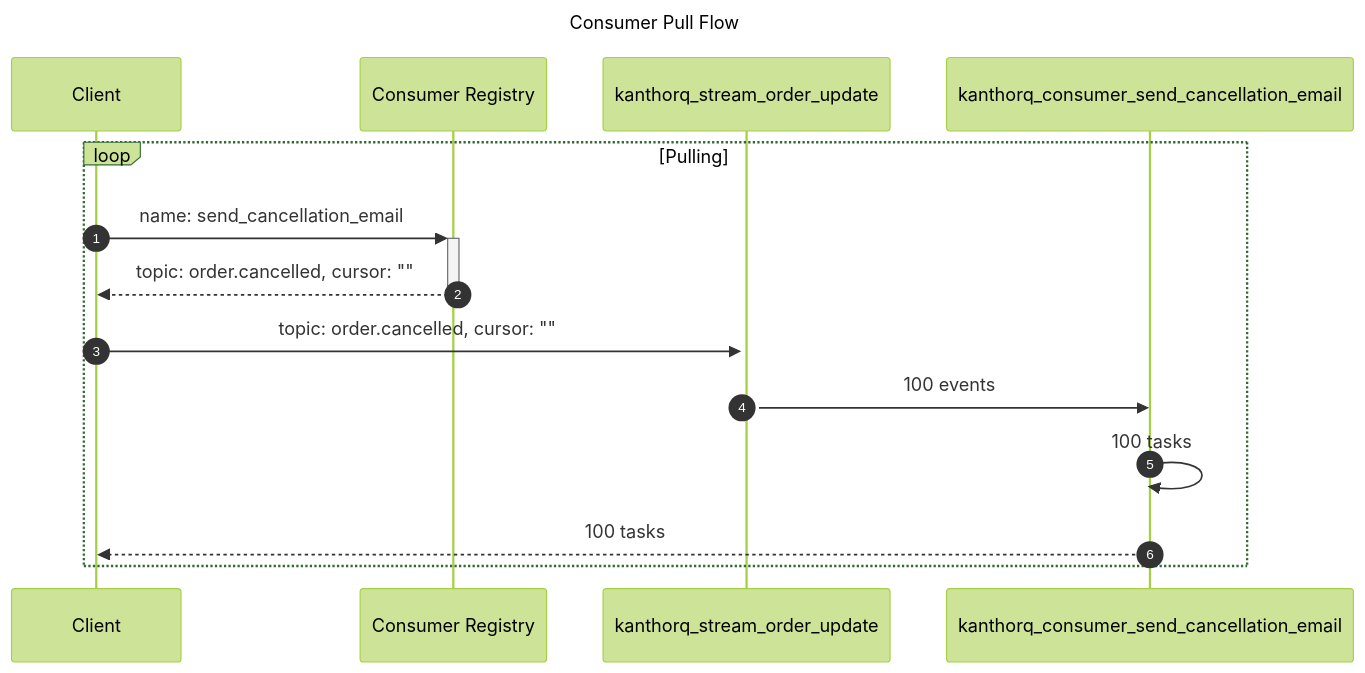
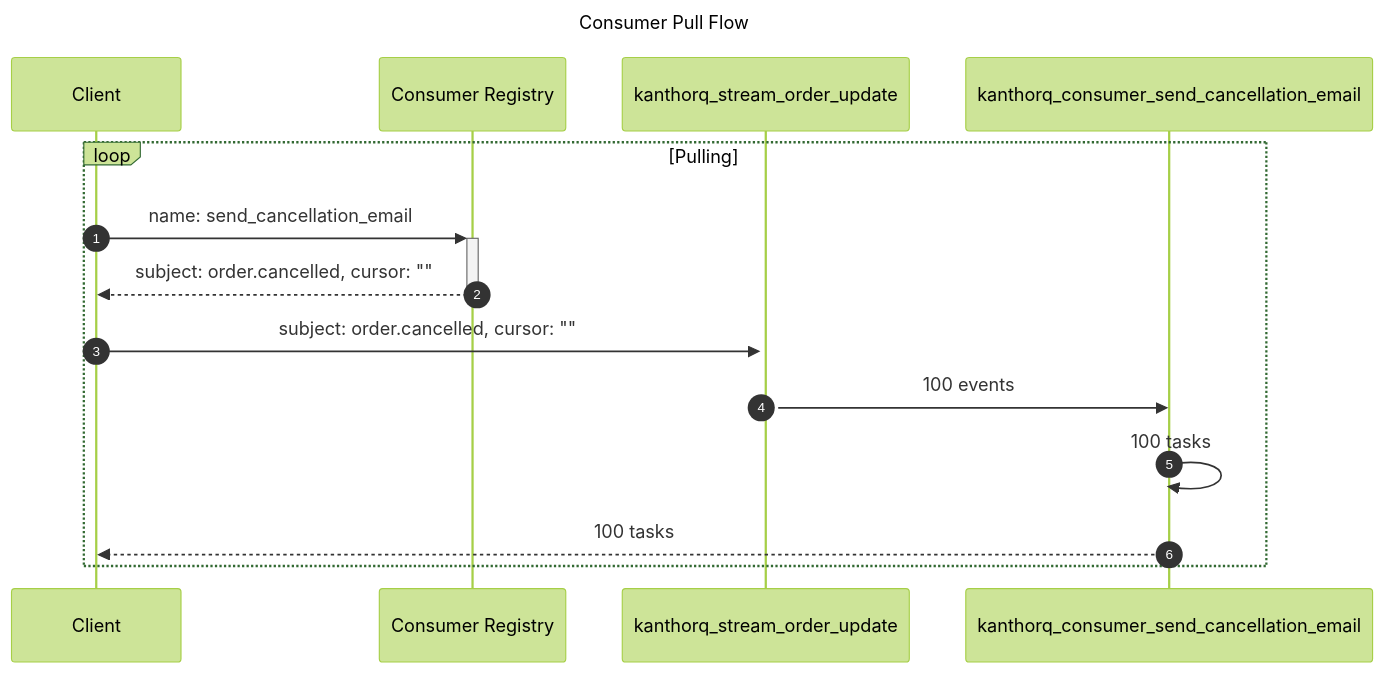
The third of 3 diagrams in website/docs/002-concepts/006-consumer.md (kanthorlabs/kanthorq), drawn with Mermaid (forest theme) before and after one commit. The commit also changed other lines of this file and 66 other files, not shown here.

````diff
--- a/website/docs/002-concepts/006-consumer.md
+++ b/website/docs/002-concepts/006-consumer.md
@@ -89,15 +89,15 @@
 ```mermaid
 ---
 title: Consumer Pull Flow
 ---
 sequenceDiagram
 autonumber
   loop Pulling
     Client ->> +Consumer Registry: name: send_cancellation_email
-    Consumer Registry -->> -Client: topic: order.cancelled, cursor: ""
-    Client ->> +kanthorq_stream_order_update: topic: order.cancelled, cursor: ""
+    Consumer Registry -->> -Client: subject: order.cancelled, cursor: ""
+    Client ->> +kanthorq_stream_order_update: subject: order.cancelled, cursor: ""
     kanthorq_stream_order_update ->> kanthorq_consumer_send_cancellation_email: 100 events
     kanthorq_consumer_send_cancellation_email ->> kanthorq_consumer_send_cancellation_email: 100 tasks
     kanthorq_consumer_send_cancellation_email -->> Client: 100 tasks
   end
 ```
````
